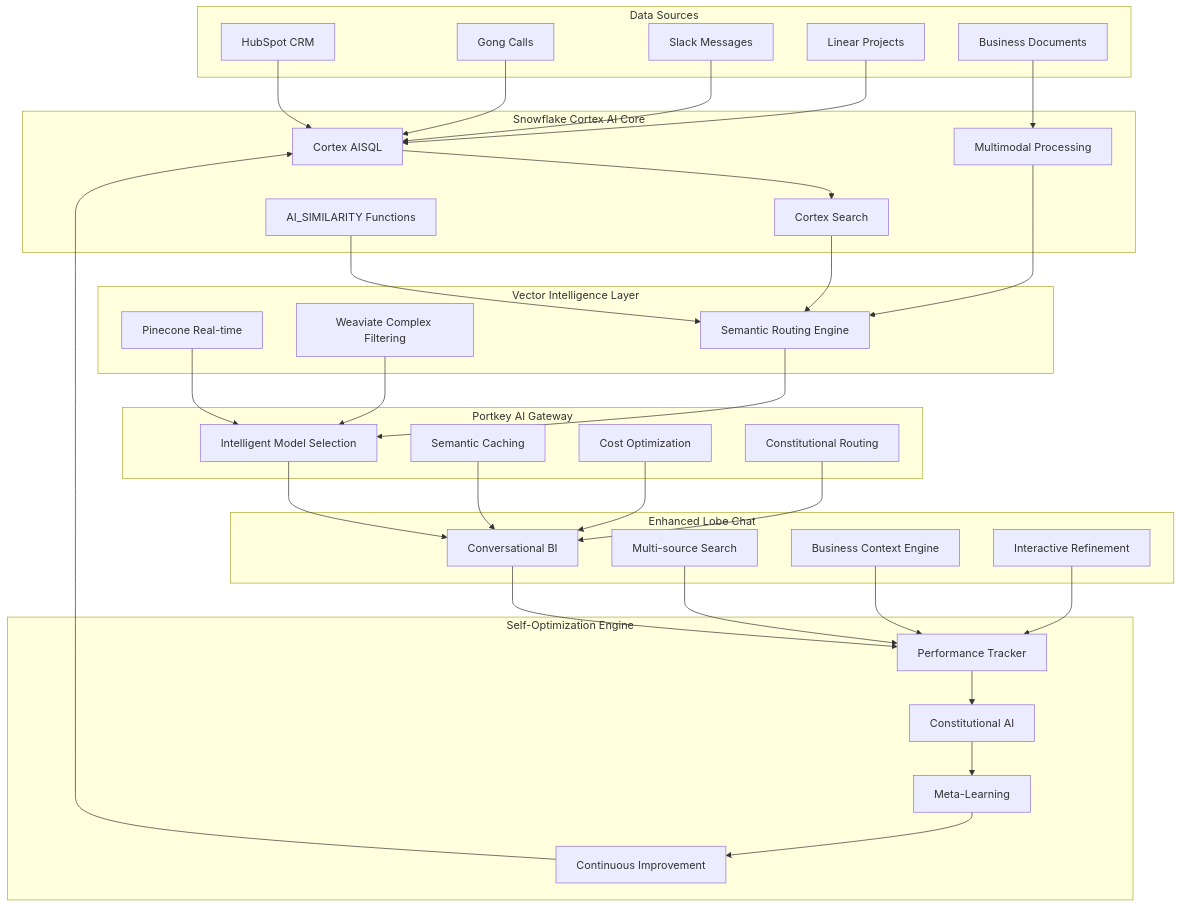
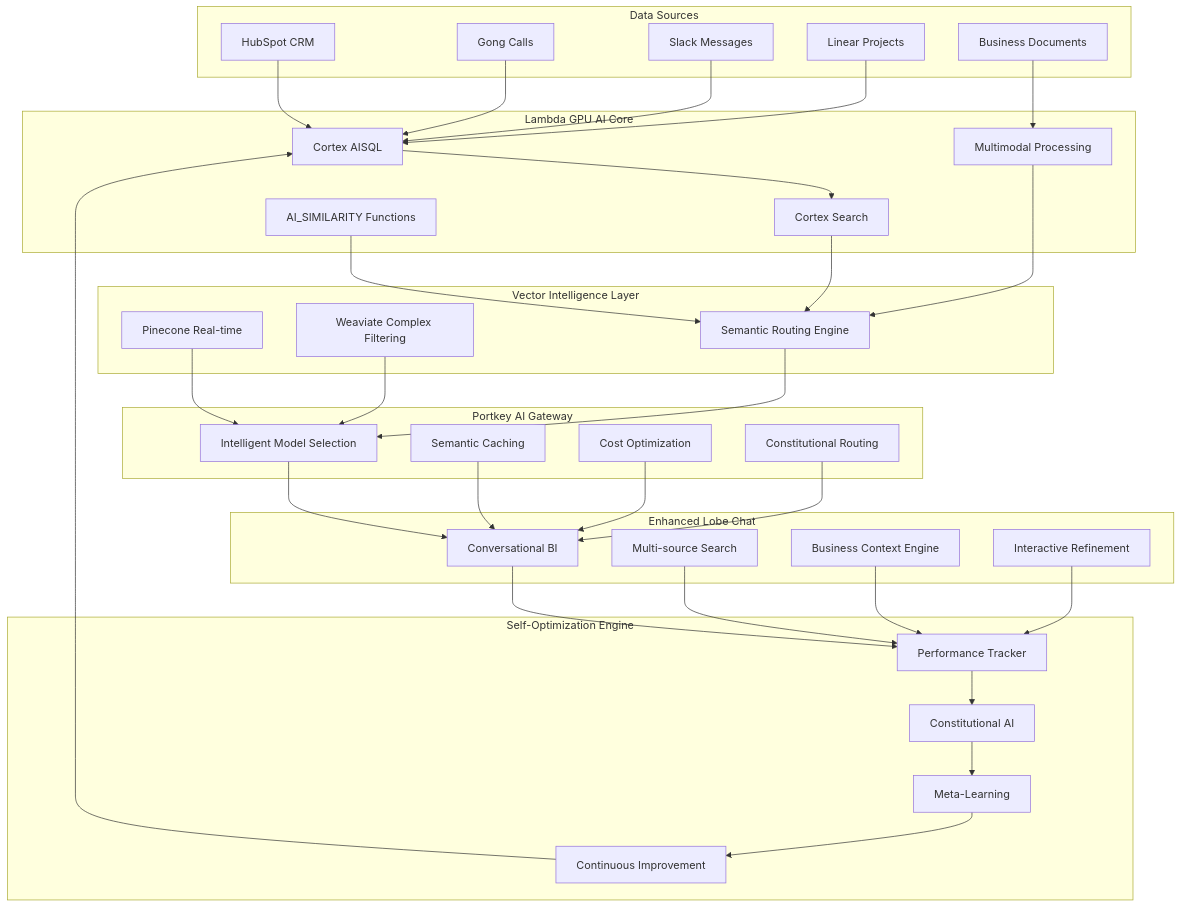
One commit to ai-cherry/sophia-strategic-development changed the diagram in UNIFIED_AI_ECOSYSTEM_ARCHITECTURE.md. Above: the diagram before and after it, drawn with Mermaid. The commit also changed other lines of this file and 646 other files, not shown here.

````diff
--- a/UNIFIED_AI_ECOSYSTEM_ARCHITECTURE.md
+++ b/UNIFIED_AI_ECOSYSTEM_ARCHITECTURE.md
@@ -18,74 +18,74 @@
 ```mermaid
 graph TB
     subgraph "Data Sources"
         A[HubSpot CRM]
         B[Gong Calls]
         C[Slack Messages]
         D[Linear Projects]
         E[Business Documents]
     end
 
-    subgraph "Snowflake Cortex AI Core"
+    subgraph "Lambda GPU AI Core"
         F[Cortex AISQL]
         G[Cortex Search]
         H[Multimodal Processing]
         I[AI_SIMILARITY Functions]
     end
 
     subgraph "Vector Intelligence Layer"
         J[Pinecone Real-time]
         K[Weaviate Complex Filtering]
         L[Semantic Routing Engine]
     end
 
     subgraph "Portkey AI Gateway"
         M[Intelligent Model Selection]
         N[Semantic Caching]
         O[Cost Optimization]
         P[Constitutional Routing]
     end
 
     subgraph "Enhanced Lobe Chat"
         Q[Conversational BI]
         R[Multi-source Search]
         S[Business Context Engine]
         T[Interactive Refinement]
     end
 
     subgraph "Self-Optimization Engine"
         U[Performance Tracker]
         V[Constitutional AI]
         W[Meta-Learning]
         X[Continuous Improvement]
     end
 
     A --> F
     B --> F
     C --> F
     D --> F
     E --> H
 
     F --> G
     G --> L
     H --> L
     I --> L
 
     L --> M
     J --> M
     K --> M
 
     M --> Q
     N --> Q
     O --> Q
     P --> Q
 
     Q --> U
     R --> U
     S --> U
     T --> U
 
     U --> V
     V --> W
     W --> X
     X --> F
 ```
````
